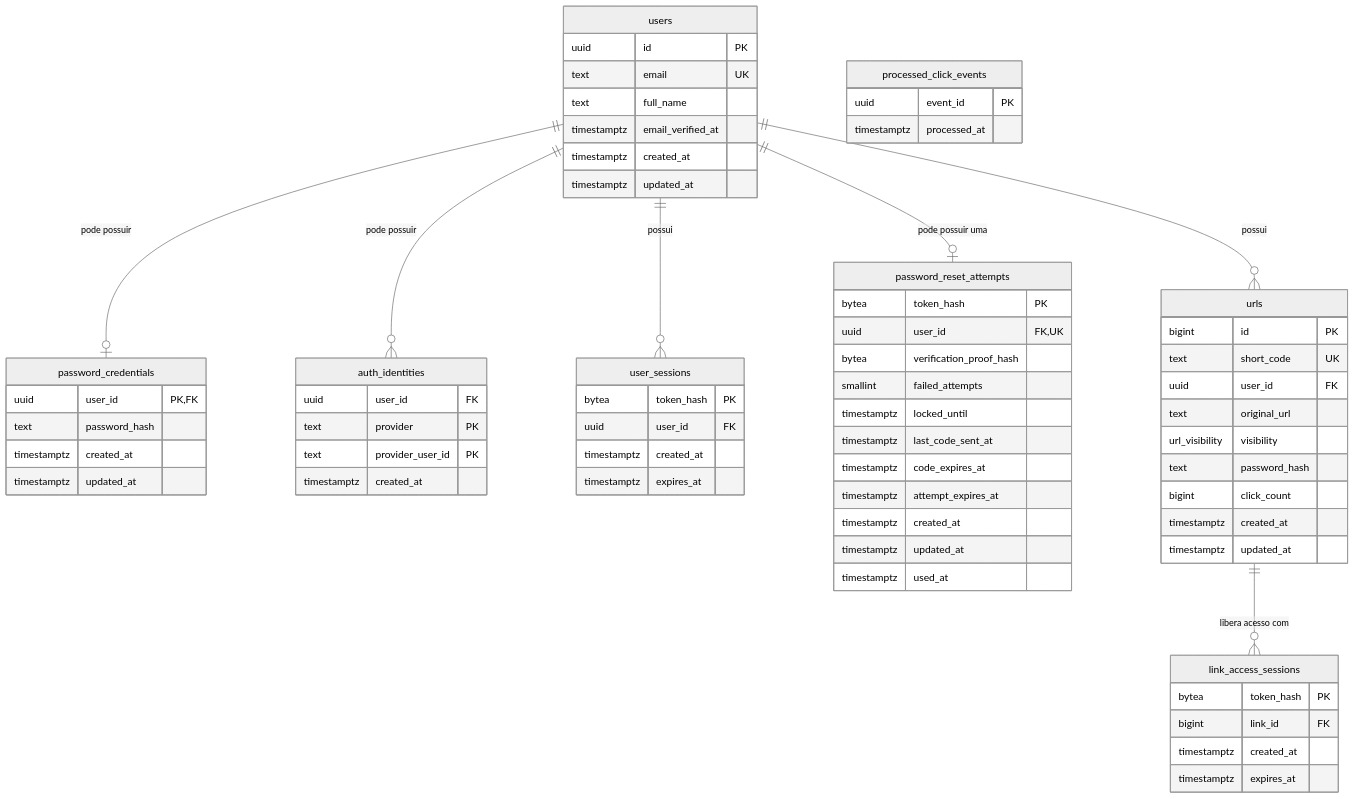
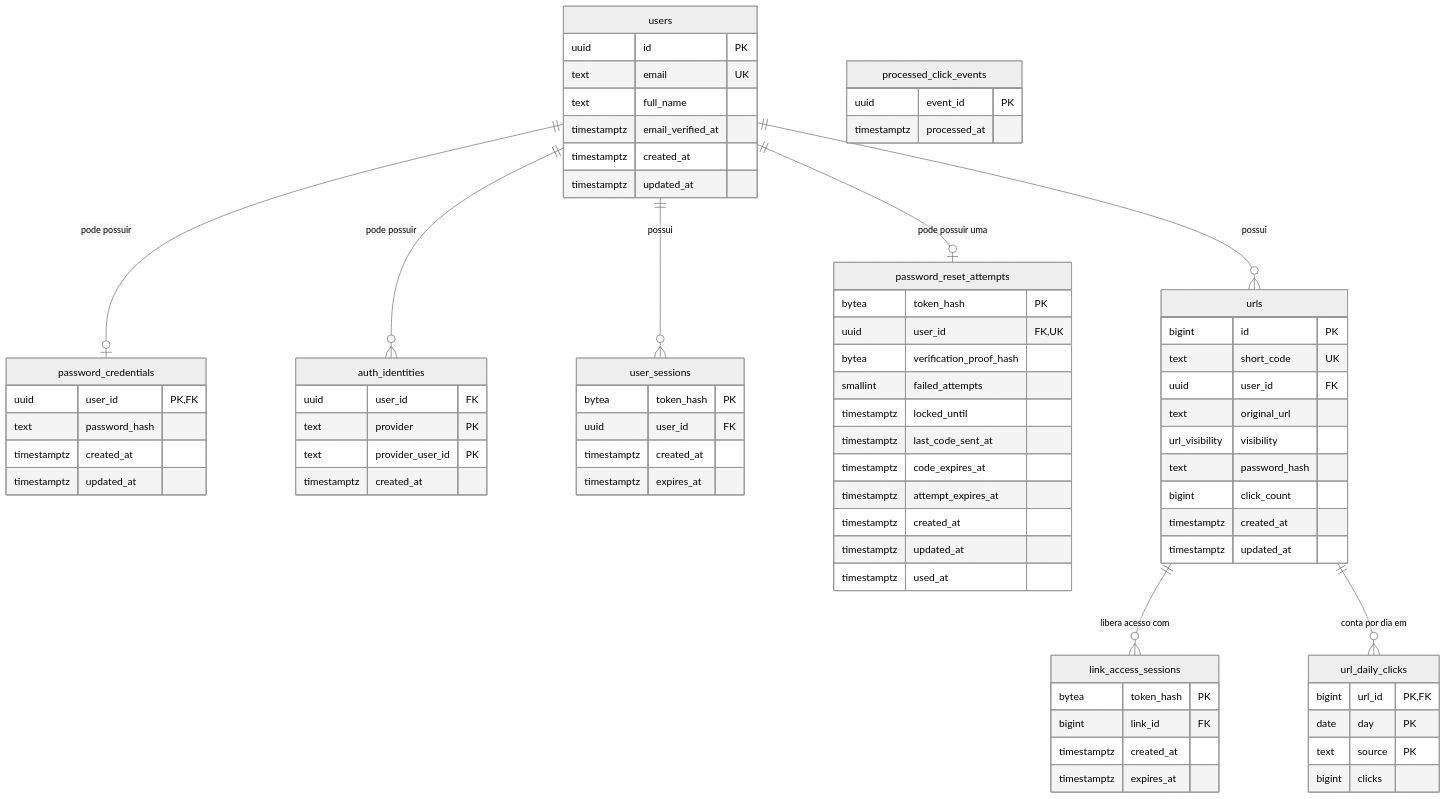
One commit to fredsaggio/shortbit changed the first of 4 diagrams in backend/docs/data-model.md. Above: the diagram before and after it, drawn with Mermaid (neutral theme). The commit also changed other lines of this file and 24 other files, not shown here.

First line of the commit message:
feat: count clicks per day and per source (link or QR code)

````diff
--- a/backend/docs/data-model.md
+++ b/backend/docs/data-model.md
@@ -15,6 +15,7 @@
     users ||--o| password_reset_attempts : "pode possuir uma"
     users ||--o{ urls : "possui"
     urls ||--o{ link_access_sessions : "libera acesso com"
+    urls ||--o{ url_daily_clicks : "conta por dia em"
 
     users {
         uuid id PK
@@ -83,4 +84,11 @@
         uuid event_id PK
         timestamptz processed_at
     }
+
+    url_daily_clicks {
+        bigint url_id PK,FK
+        date day PK
+        text source PK
+        bigint clicks
+    }
 ```
````
